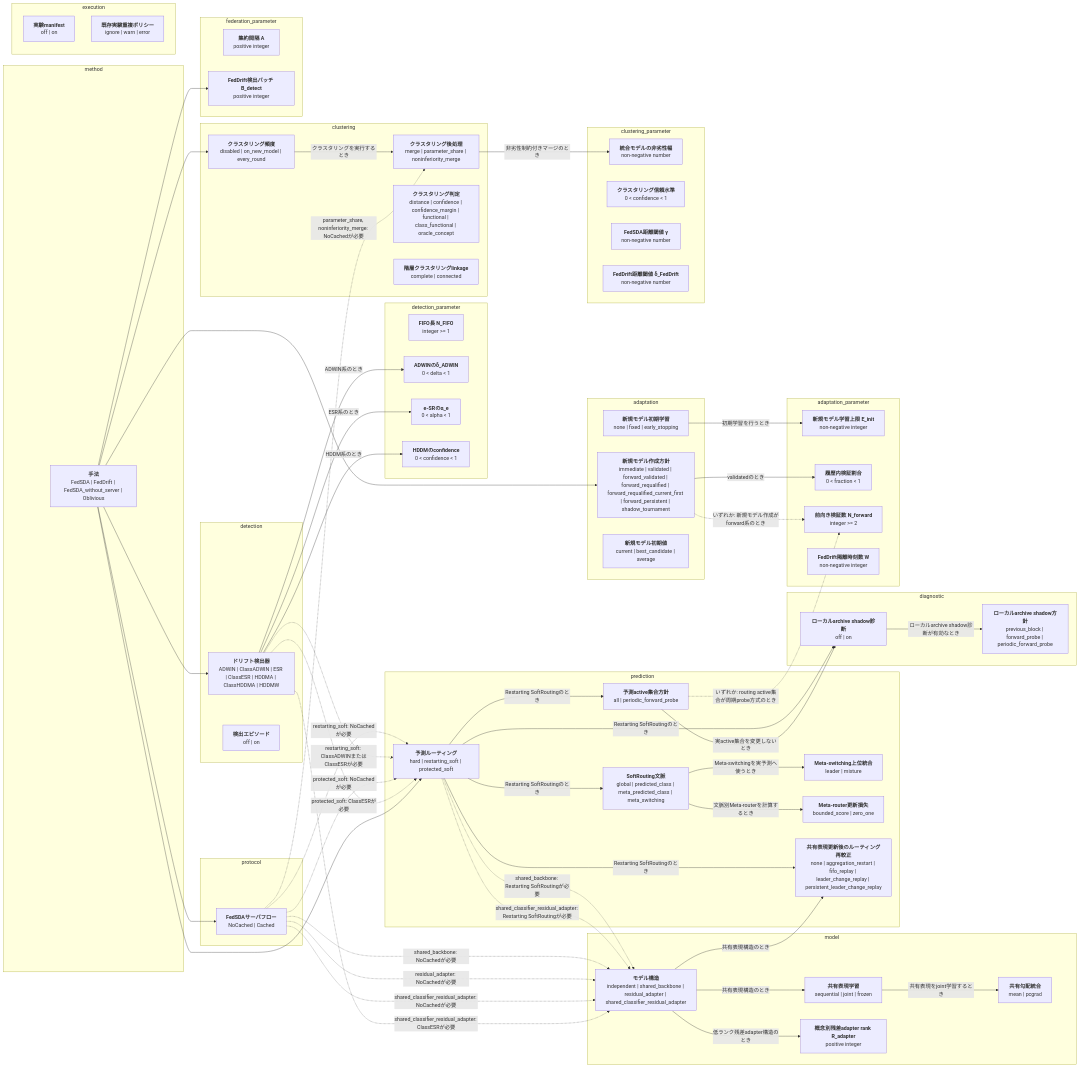
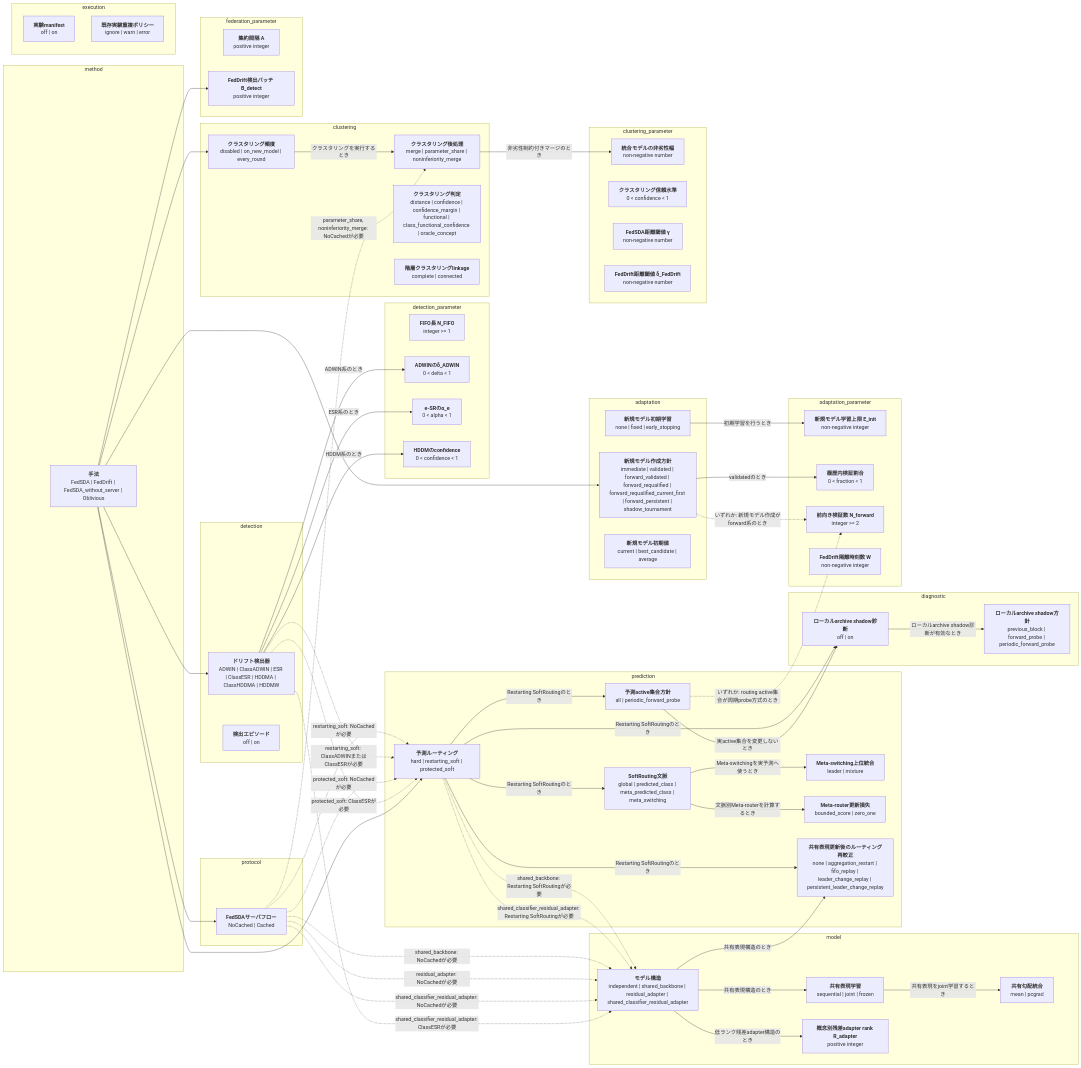
One commit to shimmen3141/FedSDA-experiment changed the first of 2 diagrams in docs/options.md. Above: the diagram before and after it, drawn with Mermaid. The commit also changed other lines of this file and 7 other files, not shown here.

Commit message:
Use confidence bounds for class-functional clustering

```diff
--- a/docs/options.md
+++ b/docs/options.md
@@ -65,7 +65,7 @@
   subgraph group_clustering[clustering]
     clustering_policy["<b>クラスタリング頻度</b><br/>disabled | on_new_model | every_round"]
     clustering_consolidation["<b>クラスタリング後処理</b><br/>merge | parameter_share | noninferiority_merge"]
-    clustering_decision["<b>クラスタリング判定</b><br/>distance | confidence | confidence_margin | functional | class_functional | oracle_concept"]
+    clustering_decision["<b>クラスタリング判定</b><br/>distance | confidence | confidence_margin | functional | class_functional_confidence | oracle_concept"]
     cluster_linkage["<b>階層クラスタリングlinkage</b><br/>complete | connected"]
   end
   subgraph group_clustering_parameter[clustering_parameter]
```
